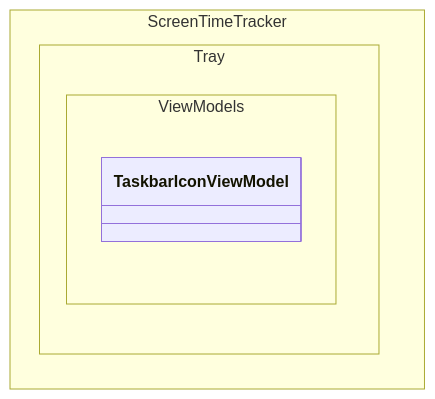
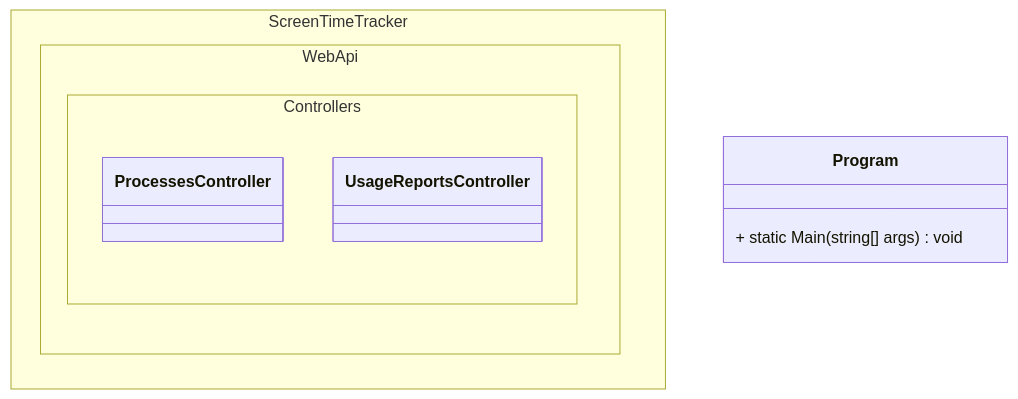
One commit to LaLa-HaHa-Hei/ScreenTimeTracker changed the fifth of 6 diagrams in docs/detailed-design.md. Above: the diagram before and after it, drawn with Mermaid. The commit also changed other lines of this file and 131 other files, not shown here.

````diff
--- a/docs/detailed-design.md
+++ b/docs/detailed-design.md
@@ -227,8 +286,13 @@
 ```mermaid 
 classDiagram
     direction TB
-    namespace ScreenTimeTracker.Tray.ViewModels {
-        class TaskbarIconViewModel {
+    class Program {
+        + static Main(string[] args) void
+    }
+    namespace ScreenTimeTracker.WebApi.Controllers {
+        class ProcessesController {
+        }
+        class UsageReportsController{
         }
     }
 ```
````
